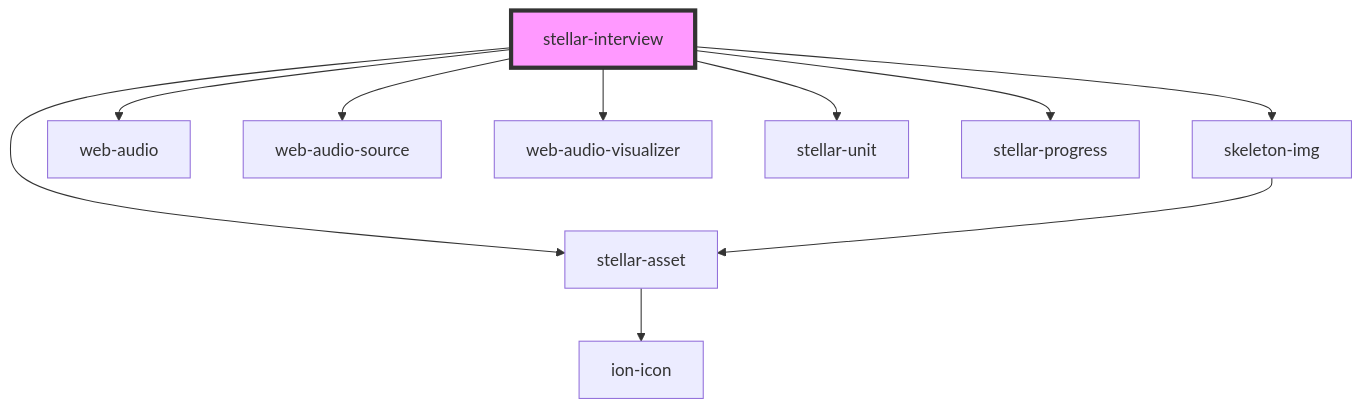
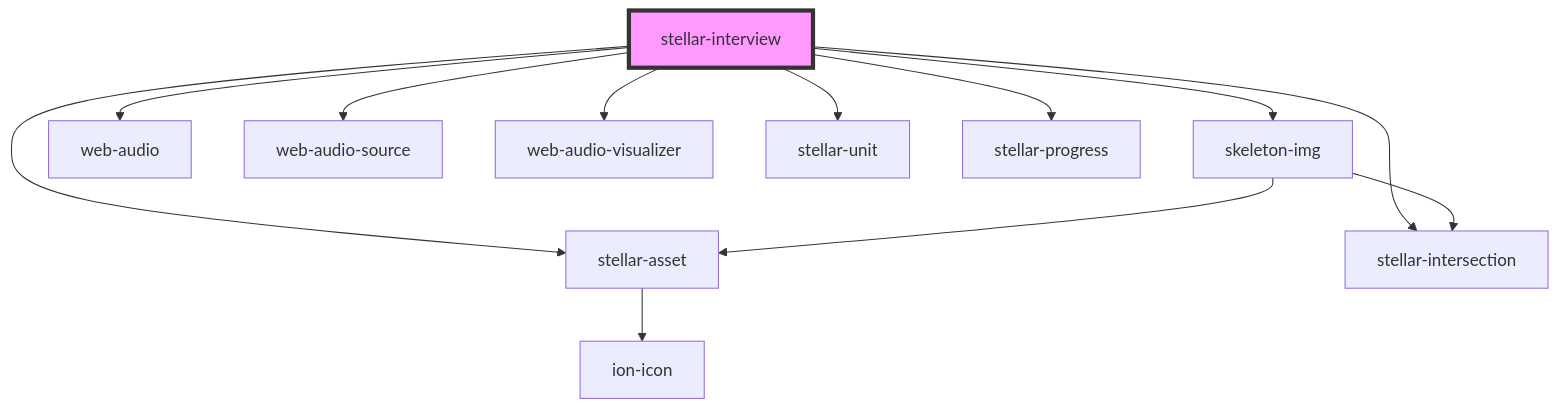
One commit to splitinfinities/Stellar changed the diagram in src/components/media/interview/readme.md. Above: the diagram before and after it, drawn with Mermaid. The commit also changed other lines of this file and 30 other files, not shown here.

Commit message:
feature: adds stellar-intersection, refactors all intersection observers to use stellar-intersection. Adds stellar-long-shadow, and refactors stellar-reveal and adds stellar-reveal-list

````diff
--- a/src/components/media/interview/readme.md
+++ b/src/components/media/interview/readme.md
@@ -77,13 +78,15 @@
 ```mermaid
 graph TD;
   stellar-interview --> skeleton-img
   stellar-interview --> web-audio
   stellar-interview --> web-audio-source
   stellar-interview --> web-audio-visualizer
   stellar-interview --> stellar-asset
   stellar-interview --> stellar-unit
   stellar-interview --> stellar-progress
+  stellar-interview --> stellar-intersection
   skeleton-img --> stellar-asset
+  skeleton-img --> stellar-intersection
   stellar-asset --> ion-icon
   style stellar-interview fill:#f9f,stroke:#333,stroke-width:4px
 ```
````
